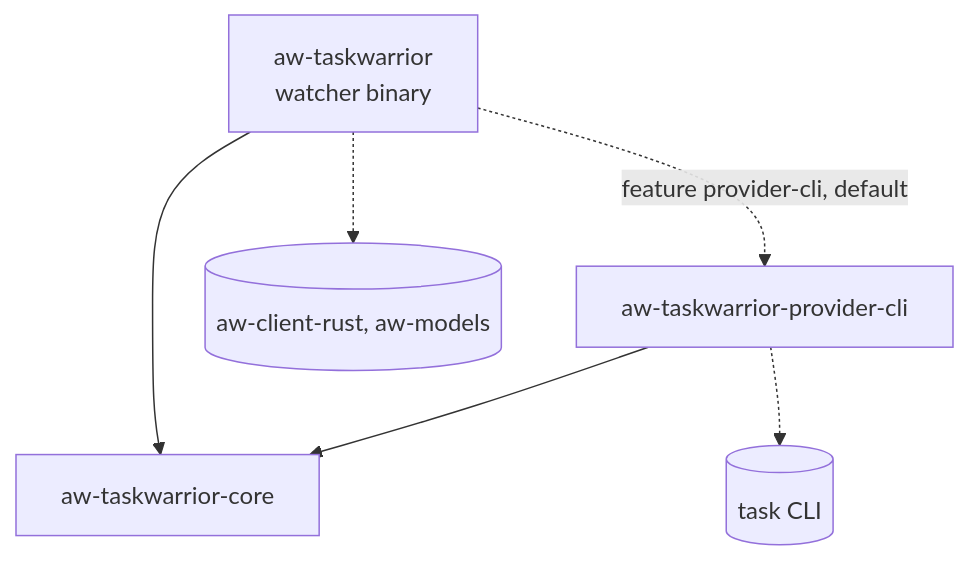
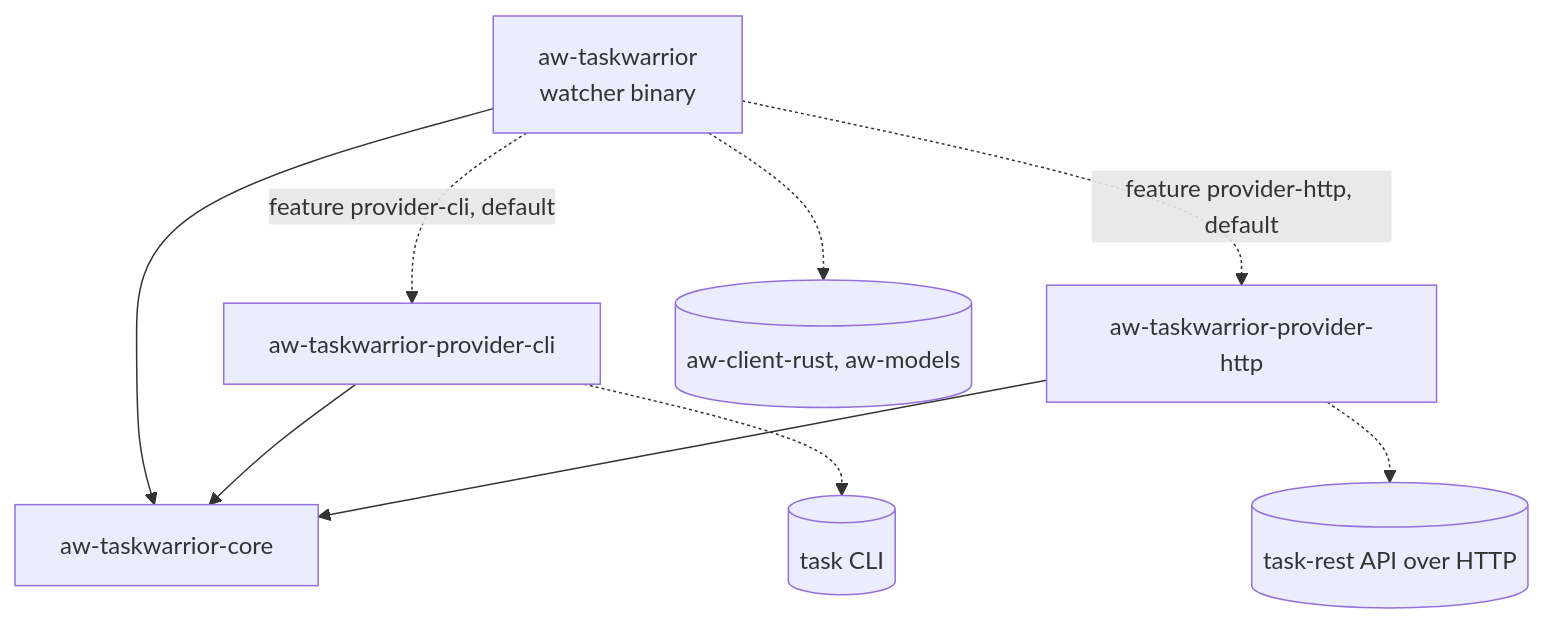
One commit to emirhg/aw-taskwarrior changed the first of 2 diagrams in docs/modules.md. Above: the diagram before and after it, drawn with Mermaid. The commit also changed other lines of this file and 13 other files, not shown here.

First line of the commit message:
feat(provider): add HTTP task provider for task-rest (REQ-007)

````diff
--- a/docs/modules.md
+++ b/docs/modules.md
@@ -7,8 +7,11 @@
 ```mermaid
 flowchart TD
     watcher[aw-taskwarrior<br/>watcher binary] --> core[aw-taskwarrior-core]
     watcher -. feature provider-cli, default .-> cli[aw-taskwarrior-provider-cli]
+    watcher -. feature provider-http, default .-> http[aw-taskwarrior-provider-http]
     cli --> core
+    http --> core
     watcher -.-> aw[(aw-client-rust, aw-models)]
     cli -.-> tw[(task CLI)]
+    http -.-> rest[(task-rest API over HTTP)]
 ```
````
